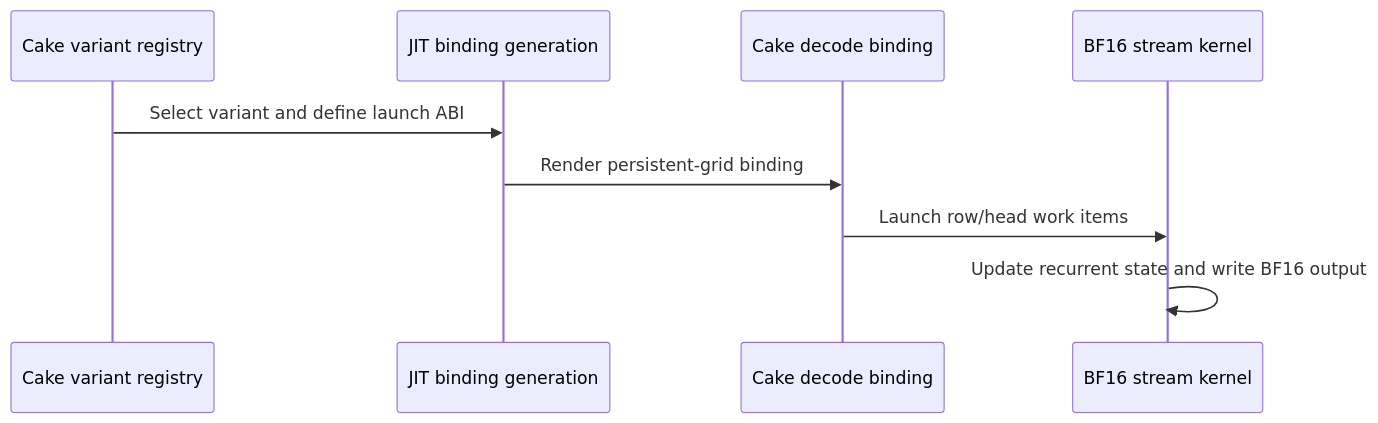
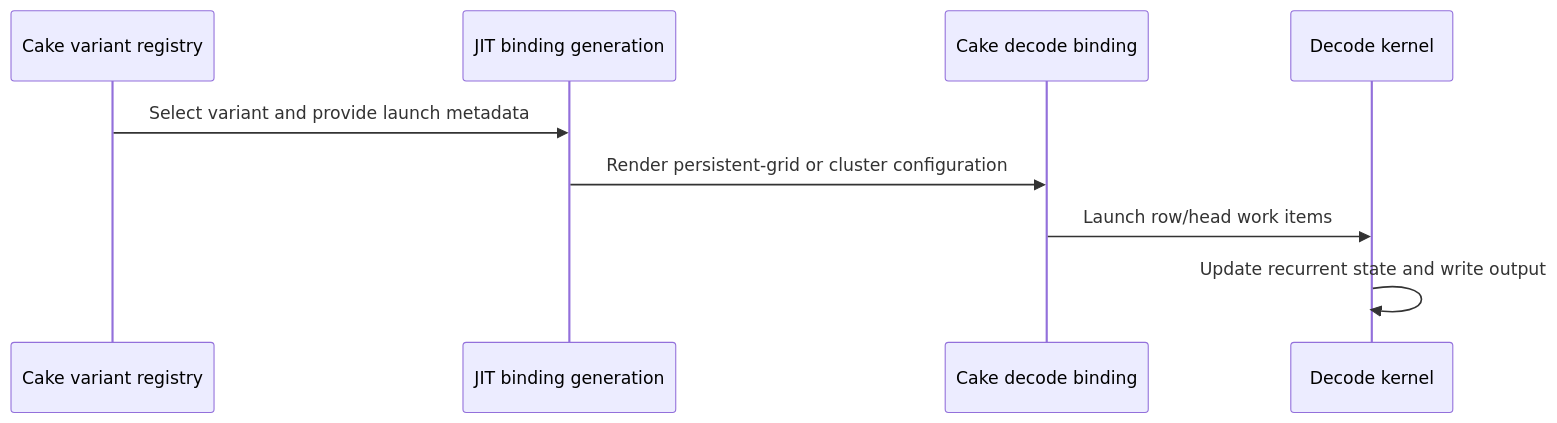
The diagram in sources/SRC-068/github_details/gh_bfb54282/pr_5551.md (vincenjiang0707/ai-infra-knowledge-sources), drawn with Mermaid before and after one commit. The commit also changed other lines of this file and 7887 other files, not shown here.

````diff
--- a/sources/SRC-068/github_details/gh_bfb54282/pr_5551.md
+++ b/sources/SRC-068/github_details/gh_bfb54282/pr_5551.md
@@ -145,11 +221,11 @@
 ```mermaid
 sequenceDiagram
   participant Registry as Cake variant registry
   participant Generator as JIT binding generation
   participant Binding as Cake decode binding
-  participant Kernel as BF16 stream kernel
-  Registry->>Generator: Select variant and define launch ABI
-  Generator->>Binding: Render persistent-grid binding
+  participant Kernel as Decode kernel
+  Registry->>Generator: Select variant and provide launch metadata
+  Generator->>Binding: Render persistent-grid or cluster configuration
   Binding->>Kernel: Launch row/head work items
-  Kernel->>Kernel: Update recurrent state and write BF16 output
+  Kernel->>Kernel: Update recurrent state and write output
 ```
````
